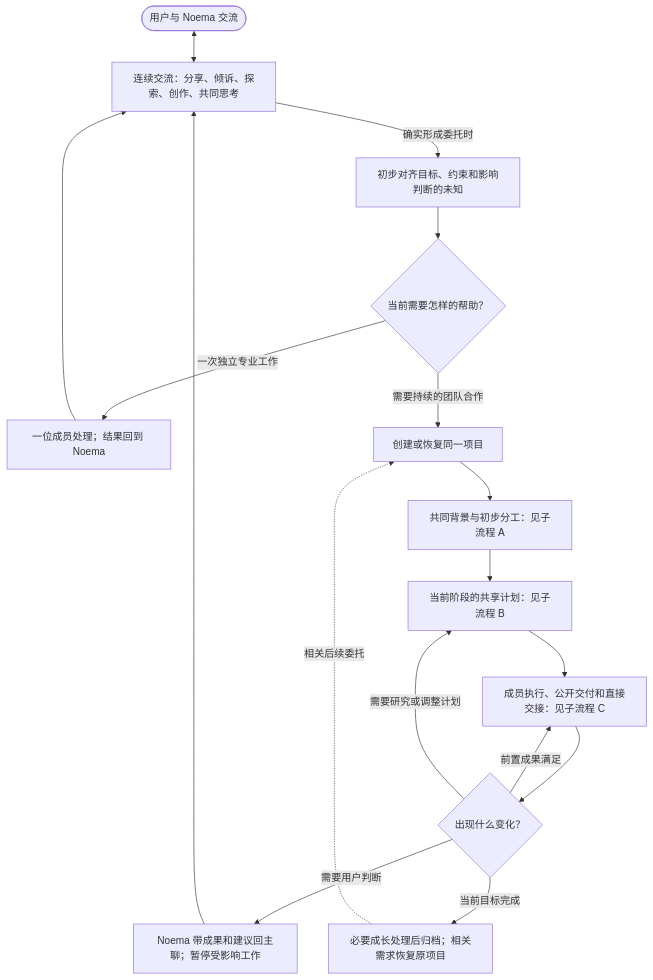
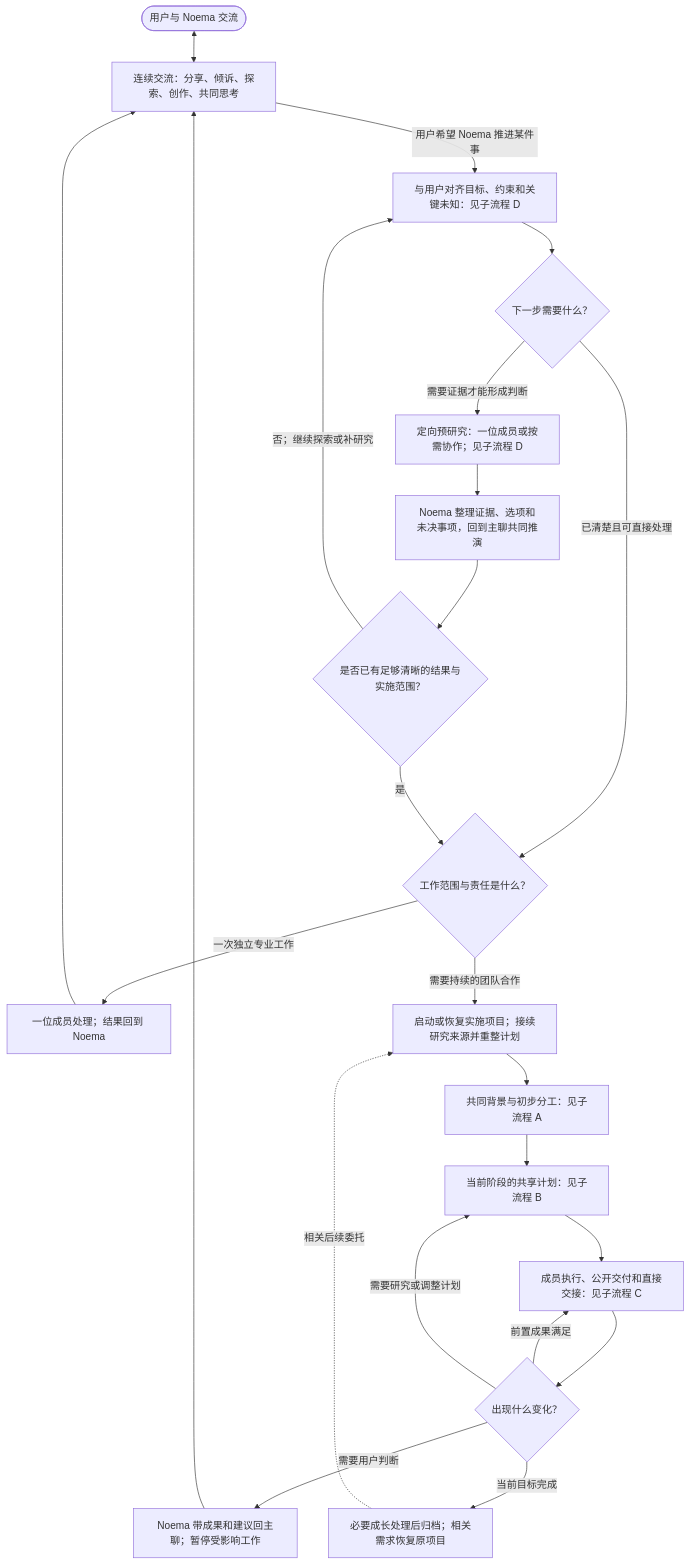
The first of 5 diagrams in docs/design/noema-core-flows.md (Noema-Harness/noema-agent), drawn with Mermaid before and after one commit. The commit also changed other lines of this file, not shown here.

Commit message:
docs: clarify discovery to execution flow

````diff
--- a/docs/design/noema-core-flows.md
+++ b/docs/design/noema-core-flows.md
@@ -15,19 +17,25 @@
 ```mermaid
 flowchart TD
     U([用户与 Noema 交流]) <--> N[连续交流：分享、倾诉、探索、创作、共同思考]
-    N -- 确实形成委托时 --> R[初步对齐目标、约束和影响判断的未知]
-    R --> CHOOSE{当前需要怎样的帮助？}
+    N -- 用户希望 Noema 推进某件事 --> R[与用户对齐目标、约束和关键未知：见子流程 D]
+    R --> DISCOVER{下一步需要什么？}
+    DISCOVER -- 已清楚且可直接处理 --> CHOOSE{工作范围与责任是什么？}
+    DISCOVER -- 需要证据才能形成判断 --> STUDY[定向预研究：一位成员或按需协作；见子流程 D]
+    STUDY --> SYNTH[Noema 整理证据、选项和未决事项，回到主聊共同推演]
+    SYNTH --> READY{是否已有足够清晰的结果与实施范围？}
+    READY -- 否；继续探索或补研究 --> R
+    READY -- 是 --> CHOOSE
     CHOOSE -- 一次独立专业工作 --> SINGLE[一位成员处理；结果回到 Noema]
     SINGLE --> N
-    CHOOSE -- 需要持续的团队合作 --> PROJECT[创建或恢复同一项目]
+    CHOOSE -- 需要持续的团队合作 --> PROJECT[启动或恢复实施项目；接续研究来源并重整计划]
     PROJECT --> START[共同背景与初步分工：见子流程 A]
     START --> PLAN[当前阶段的共享计划：见子流程 B]
     PLAN --> WORK[成员执行、公开交付和直接交接：见子流程 C]
     WORK --> DECIDE{出现什么变化？}
     DECIDE -- 前置成果满足 --> WORK
     DECIDE -- 需要研究或调整计划 --> PLAN
     DECIDE -- 需要用户判断 --> REVIEW[Noema 带成果和建议回主聊；暂停受影响工作]
     REVIEW --> N
     DECIDE -- 当前目标完成 --> END[必要成长处理后归档；相关需求恢复原项目]
     END -. 相关后续委托 .-> PROJECT
 ```
````
